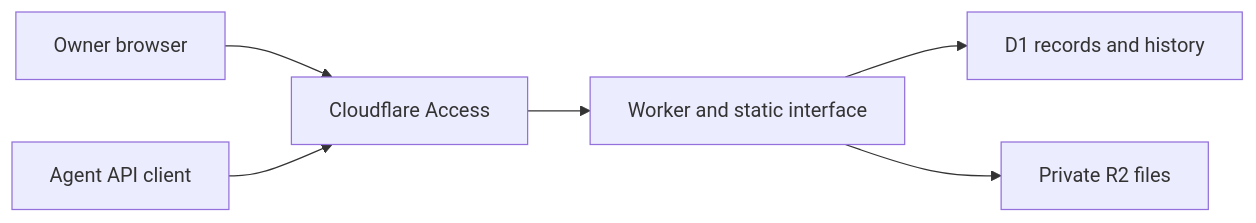
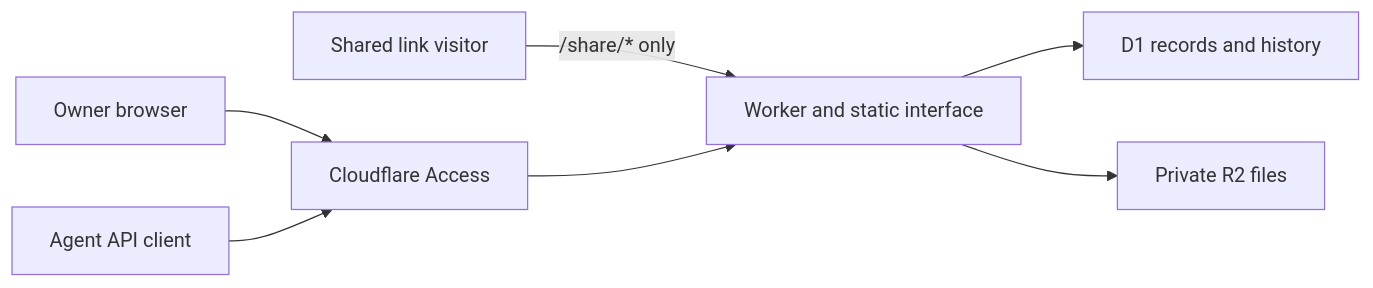
The diagram in README.md (YogevKr/home-inventory), drawn with Mermaid before and after one commit. The commit also changed other lines of this file and 13 other files, not shown here.

````diff
--- a/README.md
+++ b/README.md
@@ -54,8 +55,9 @@
 ```mermaid
 flowchart LR
     Browser[Owner browser] --> Access[Cloudflare Access]
     Agent[Agent API client] --> Access
+    Visitor[Shared link visitor] -->|/share/* only| Worker
     Access --> Worker[Worker and static interface]
     Worker --> D1[D1 records and history]
     Worker --> R2[Private R2 files]
 ```
````
